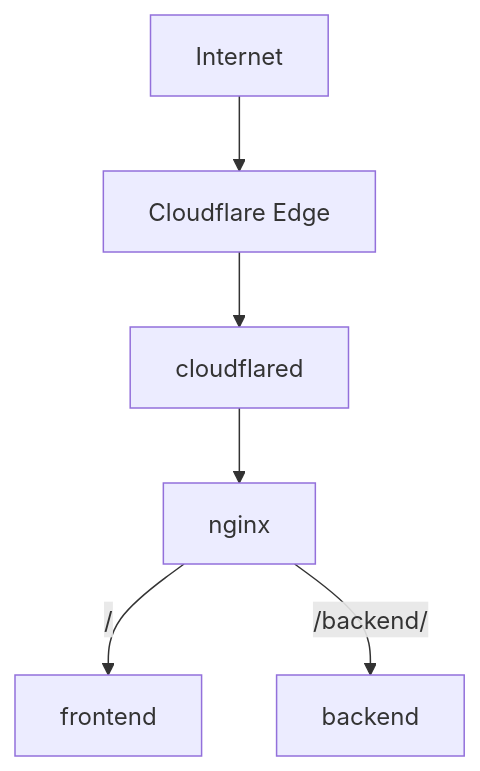
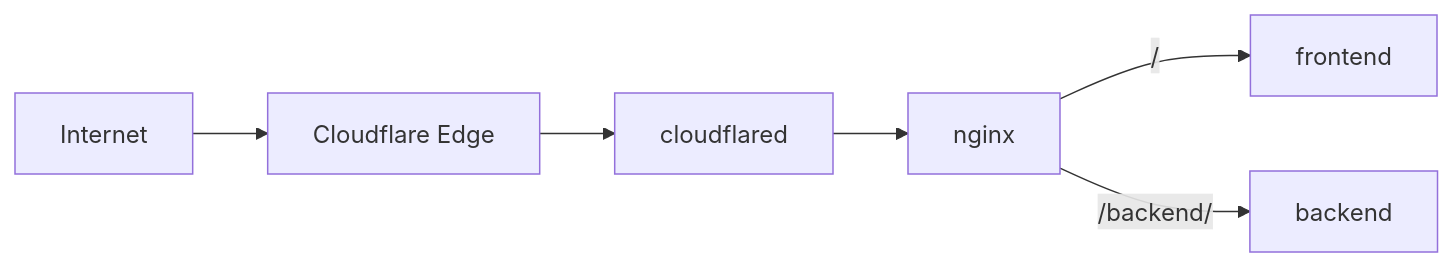
One commit to WeerayutBu/cloudflare-tunnel-docker-compose changed the diagram in README.md. Above: the diagram before and after it, drawn with Mermaid.

Commit message:
Make architecture diagram horizontal

````diff
--- a/README.md
+++ b/README.md
@@ -5,8 +5,8 @@
 ```mermaid
-flowchart TD
+flowchart LR
     Internet --> Cloudflare[Cloudflare Edge]
     Cloudflare --> cloudflared
     cloudflared --> nginx
     nginx -->|/| frontend
     nginx -->|/backend/| backend
 ```
````
